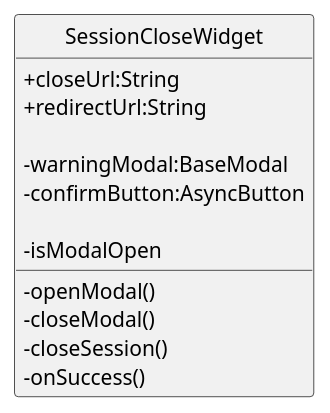
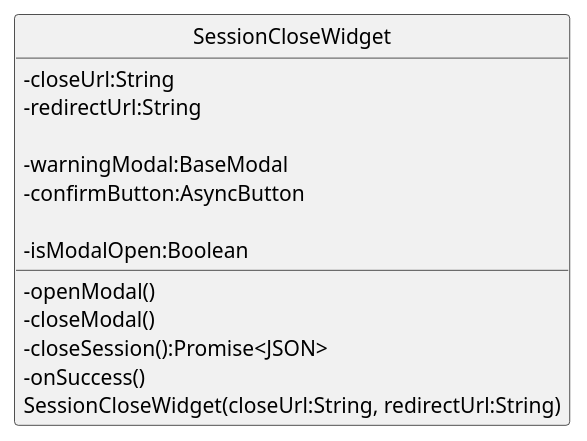
The diagram in src/PB/DocumentazioneEsterna/Specifica_Tecnica/content/05-diagrammi-classi/uml/puml/Frontend/widget/SessionCloseWidget.puml (GroupRubberDuck/Documentazione), drawn with PlantUML before and after one commit. The commit also changed 45 other files, not shown here.

```diff
--- a/src/PB/DocumentazioneEsterna/Specifica_Tecnica/content/05-diagrammi-classi/uml/puml/Frontend/widget/SessionCloseWidget.puml
+++ b/src/PB/DocumentazioneEsterna/Specifica_Tecnica/content/05-diagrammi-classi/uml/puml/Frontend/widget/SessionCloseWidget.puml
@@ -1,26 +1,26 @@
 @startuml
 skinparam linetype ortho
 skinparam nodesep 80
 skinparam ranksep 100
 skinparam classAttributeIconSize 0
 skinparam packageStyle rectangle
 skinparam style strictuml
 
 class SessionCloseWidget{
-        +closeUrl:String
-        +redirectUrl:String
+        -closeUrl:String
+        -redirectUrl:String
 
         -warningModal:BaseModal
         -confirmButton:AsyncButton
 
-        -isModalOpen
+        -isModalOpen:Boolean
 
         -openModal()
         -closeModal()
-        -closeSession()
+        -closeSession():Promise<JSON>
         -onSuccess()
-
+        SessionCloseWidget(closeUrl:String, redirectUrl:String)
 }
 
 
 @enduml
```
